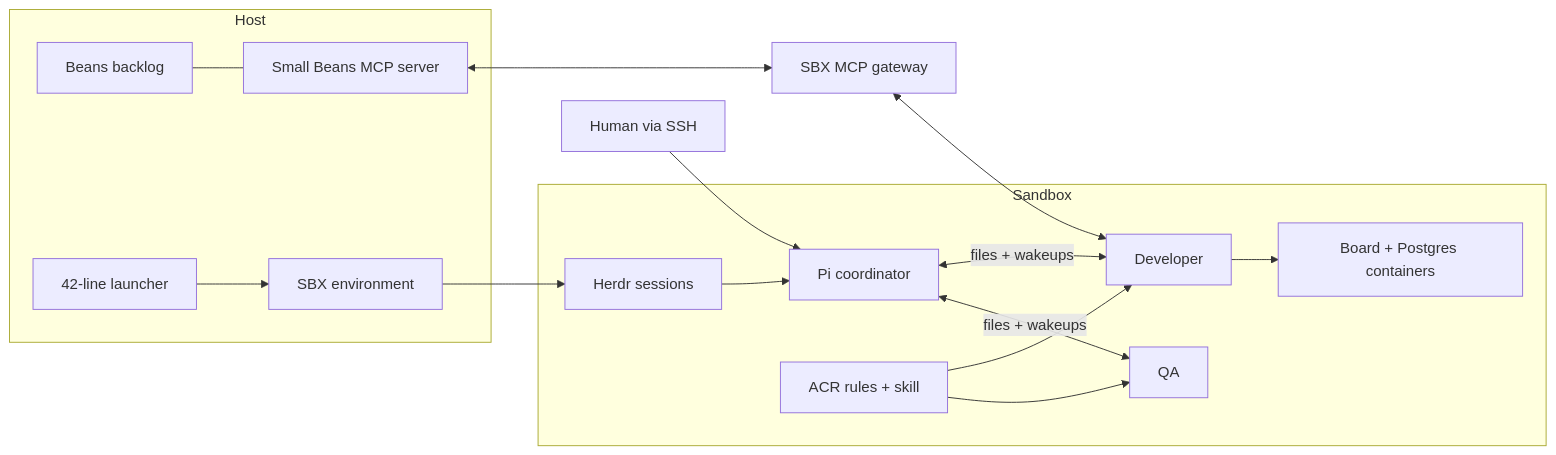
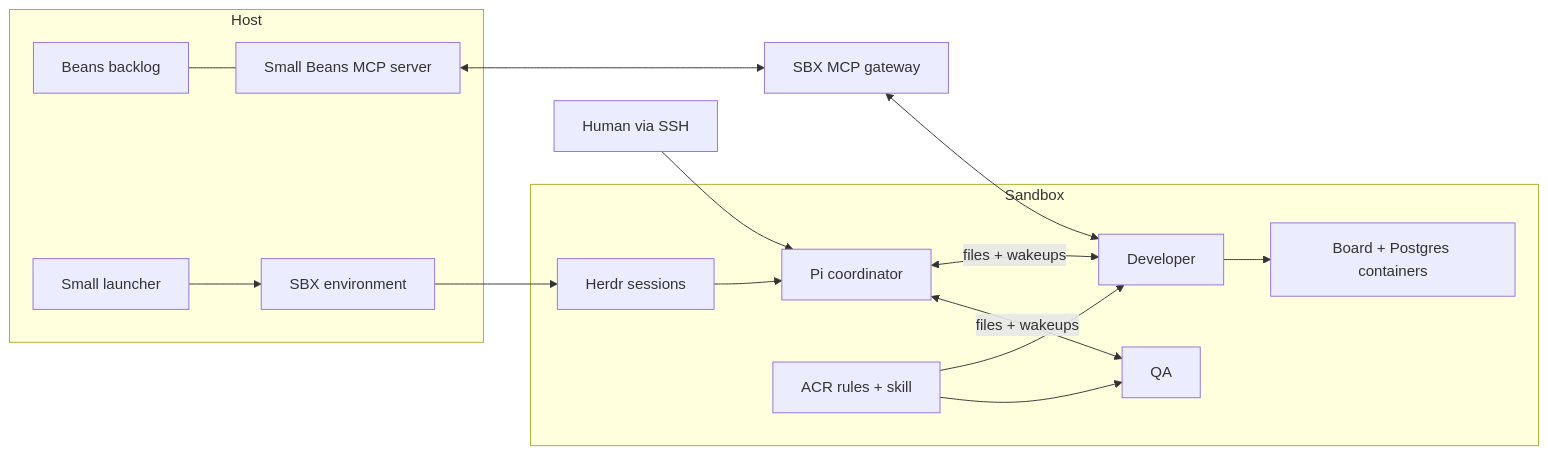
The diagram in chapters/README.md (kiview/wad-sbx-workshop), drawn with Mermaid before and after one commit. The commit also changed other lines of this file and 11 other files, not shown here.

````diff
--- a/chapters/README.md
+++ b/chapters/README.md
@@ -32,19 +32,19 @@
 ```mermaid
 flowchart LR
   subgraph Host
     B[Beans backlog] --- M[Small Beans MCP server]
-    L[42-line launcher] --> S[SBX environment]
+    L[Small launcher] --> S[SBX environment]
   end
   M <--> G[SBX MCP gateway]
   subgraph Sandbox
     S --> H[Herdr sessions]
     H --> P[Pi coordinator]
     P <-->|files + wakeups| D[Developer]
     P <-->|files + wakeups| Q[QA]
     A[ACR rules + skill] --> D
     A --> Q
     D --> App[Board + Postgres containers]
   end
   G <--> D
   Human[Human via SSH] --> P
 ```
````
